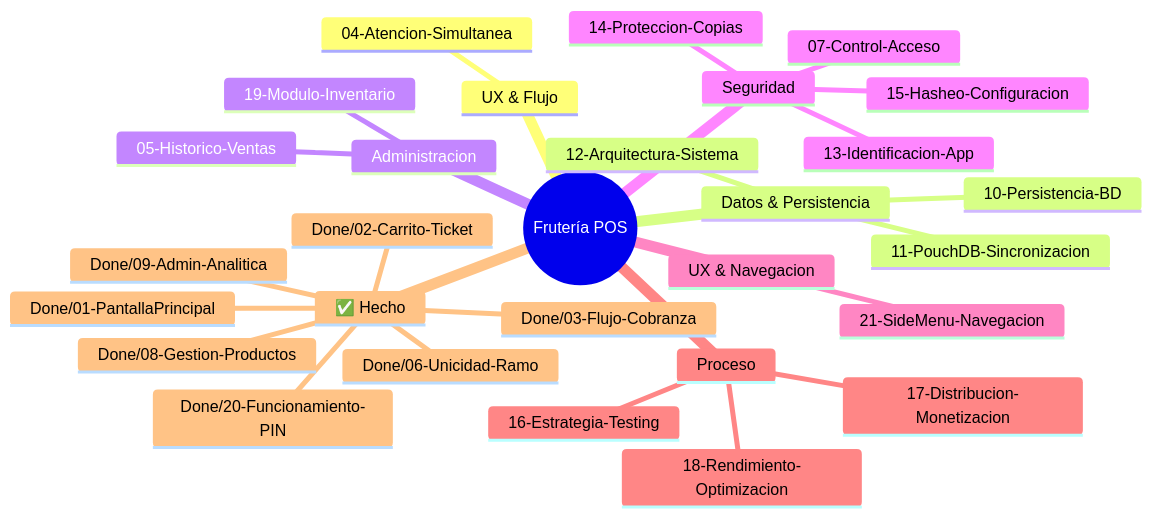
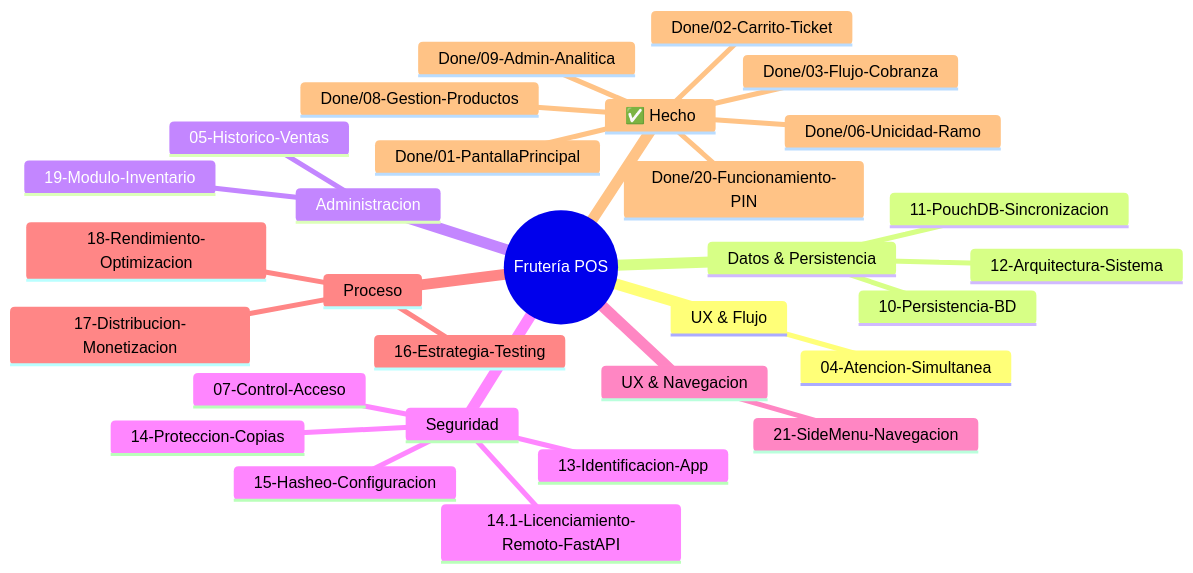
Before and after one commit to mmhgarcia/fruteria: the first of 2 diagrams in BrainStorm/Main.md, drawn with Mermaid. The commit also changed other lines of this file and 66 other files, not shown here.

````diff
--- a/BrainStorm/Main.md
+++ b/BrainStorm/Main.md
@@ -10,32 +10,33 @@
 ```mermaid
 mindmap
   root((Frutería POS))
     UX & Flujo
       04-Atencion-Simultanea
     Datos & Persistencia
       10-Persistencia-BD
       11-PouchDB-Sincronizacion
       12-Arquitectura-Sistema
     Administracion
       05-Historico-Ventas
       19-Modulo-Inventario
     Seguridad
       07-Control-Acceso
       13-Identificacion-App
       14-Proteccion-Copias
+      14.1-Licenciamiento-Remoto-FastAPI
       15-Hasheo-Configuracion
     UX & Navegacion
       21-SideMenu-Navegacion
     Proceso
       16-Estrategia-Testing
       17-Distribucion-Monetizacion
       18-Rendimiento-Optimizacion
     ✅ Hecho
       Done/01-PantallaPrincipal
       Done/02-Carrito-Ticket
       Done/03-Flujo-Cobranza
       Done/06-Unicidad-Ramo
       Done/08-Gestion-Productos
       Done/09-Admin-Analitica
       Done/20-Funcionamiento-PIN
 ```
````
